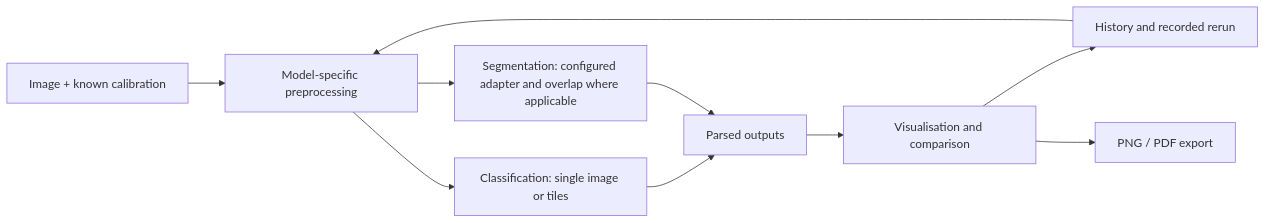
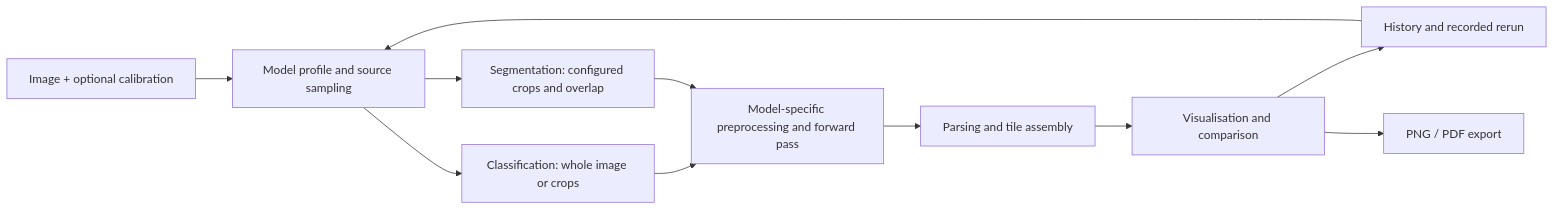
One commit to ziaozhuanxing/ZY-Path changed the diagram in README.md. Above: the diagram before and after it, drawn with Mermaid. The commit also changed other lines of this file and 5 other files, not shown here.

Commit message:
docs: retain full regression evidence and clarify sampling flow

````diff
--- a/README.md
+++ b/README.md
@@ -57,12 +57,13 @@
 ```mermaid
 flowchart LR
-    I[Image + known calibration] --> P[Model-specific preprocessing]
-    P --> C[Classification: single image or tiles]
-    P --> S[Segmentation: configured adapter and overlap where applicable]
-    C --> R[Parsed outputs]
-    S --> R
+    I[Image + optional calibration] --> A[Model profile and source sampling]
+    A --> C[Classification: whole image or crops]
+    A --> S[Segmentation: configured crops and overlap]
+    C --> P[Model-specific preprocessing and forward pass]
+    S --> P
+    P --> R[Parsing and tile assembly]
     R --> V[Visualisation and comparison]
     V --> H[History and recorded rerun]
     V --> E[PNG / PDF export]
-    H --> P
+    H --> A
 ```
````
